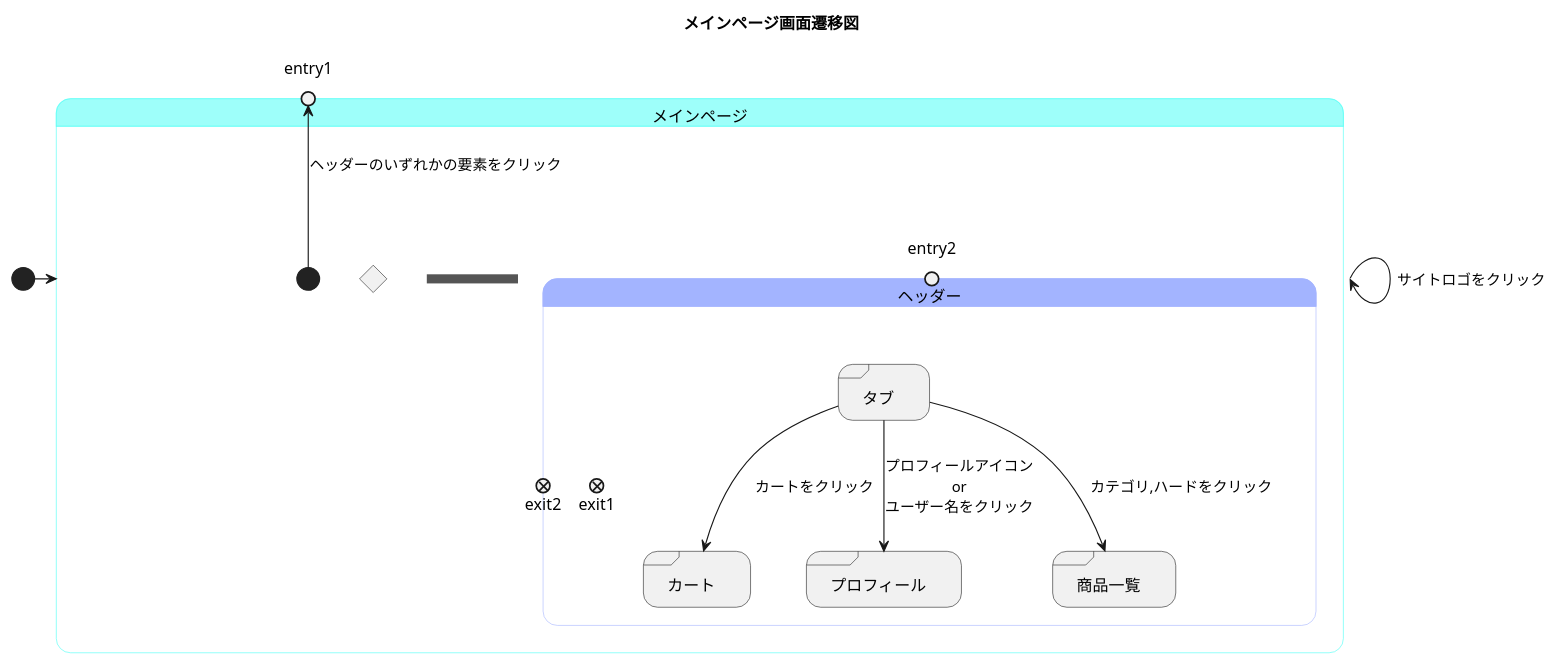
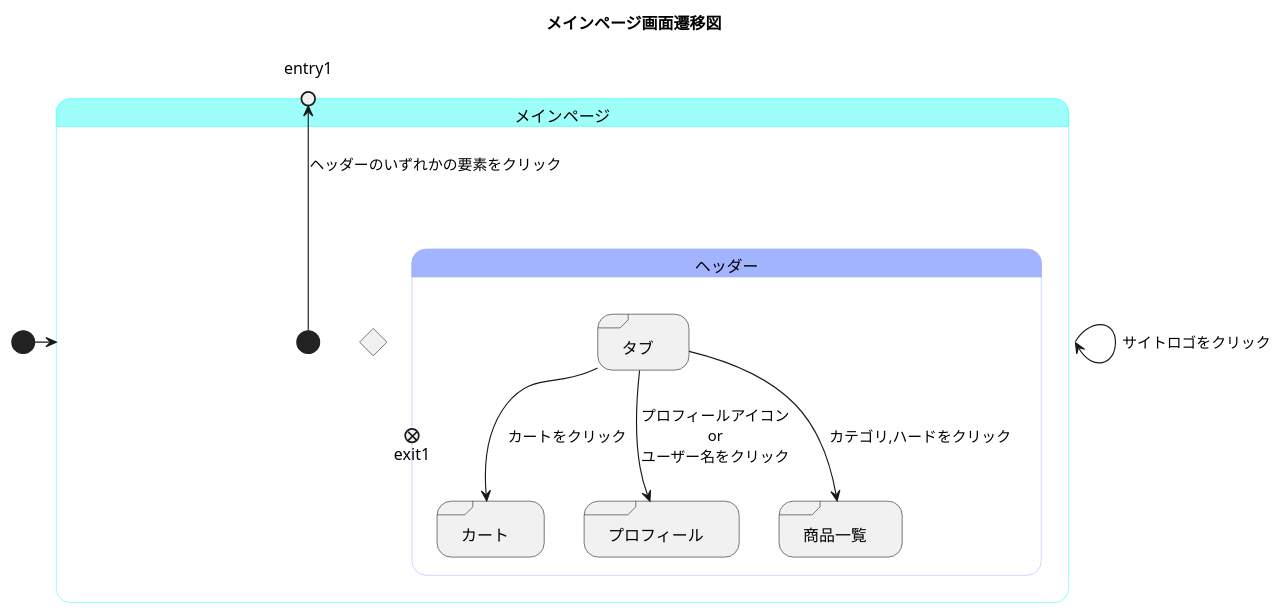
Before and after one commit to akutori/T-D-E: the diagram in メインページ.md, drawn with PlantUML.

Commit message:
entry2とexit2を削除

````diff
--- a/メインページ.md
+++ b/メインページ.md
@@ -1,38 +1,36 @@
 ```uml
 @startuml
 title メインページ画面遷移図
 
 [*]->メインページ
 state メインページ<<mainpage>>{
-    state join_header <<join>>
     state ifinputmain <<choice>>
 
     メインページ -> メインページ : サイトロゴをクリック
     [*]-->entry1 : ヘッダーのいずれかの要素をクリック
 
     state ヘッダー<<state_headder>>{
         state "タブ" as tab <<sdlreceive>>
         state "カート" as cart <<sdlreceive>>
         state "プロフィール" as profile <<sdlreceive>>
         state "商品一覧" as goods<<sdlreceive>>
         state entry1<<entryPoint>>
-        state entry2<<entryPoint>>
         state exit1<<exitPoint>>
-        state exit2<<exitPoint>>
+
 
         tab -->goods : カテゴリ,ハードをクリック
         tab -->cart : カートをクリック
         tab -->profile : プロフィールアイコン\nor\nユーザー名をクリック
 
 
     }
 }
 
 
 skinparam stateBorderColor<<mainpage>> #40fff5
 state メインページ #9efffa
 
 skinparam stateBorderColor<<state_headder>> #a3b4ff
 state ヘッダー #a3b4ff
 @enduml
 ```
````
